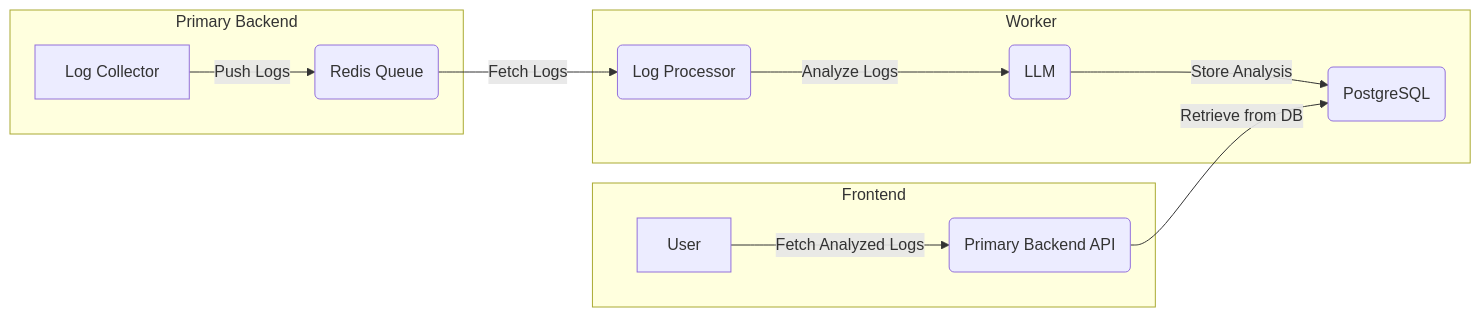
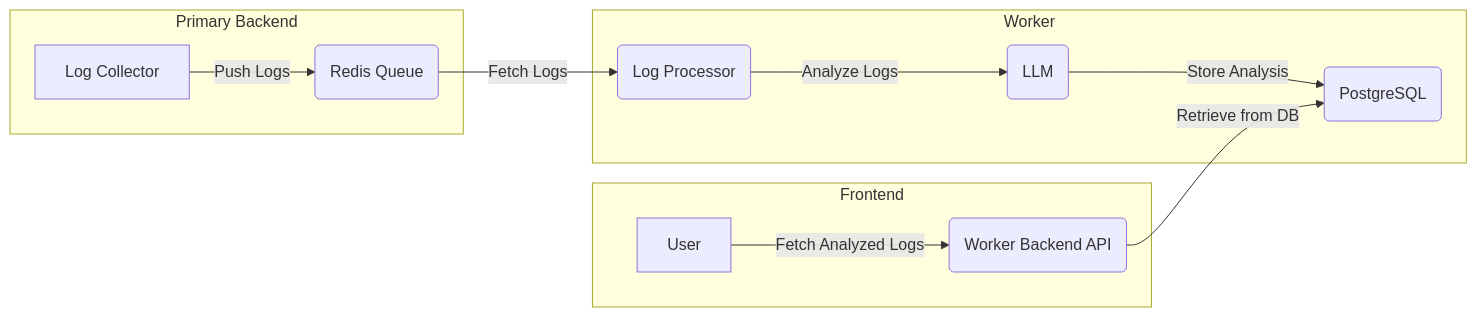
The diagram in README.md (ronitsharma03/AI-powered-log-monitoring-and-analysis), drawn with Mermaid before and after one commit.

````diff
--- a/README.md
+++ b/README.md
@@ -30,17 +30,17 @@
 ```mermaid
 flowchart LR
     subgraph Primary Backend
         A[Log Collector] --> |Push Logs| B(Redis Queue)
     end
     
     subgraph Worker
         B --> |Fetch Logs| C(Log Processor)
         C --> |Analyze Logs| D(LLM)
         D --> |Store Analysis| E(PostgreSQL)
     end
     
     subgraph Frontend
-        F[User] --> |Fetch Analyzed Logs| G(Primary Backend API)
+        F[User] --> |Fetch Analyzed Logs| G(Worker Backend API)
         G --> |Retrieve from DB| E
     end
 ```
````
